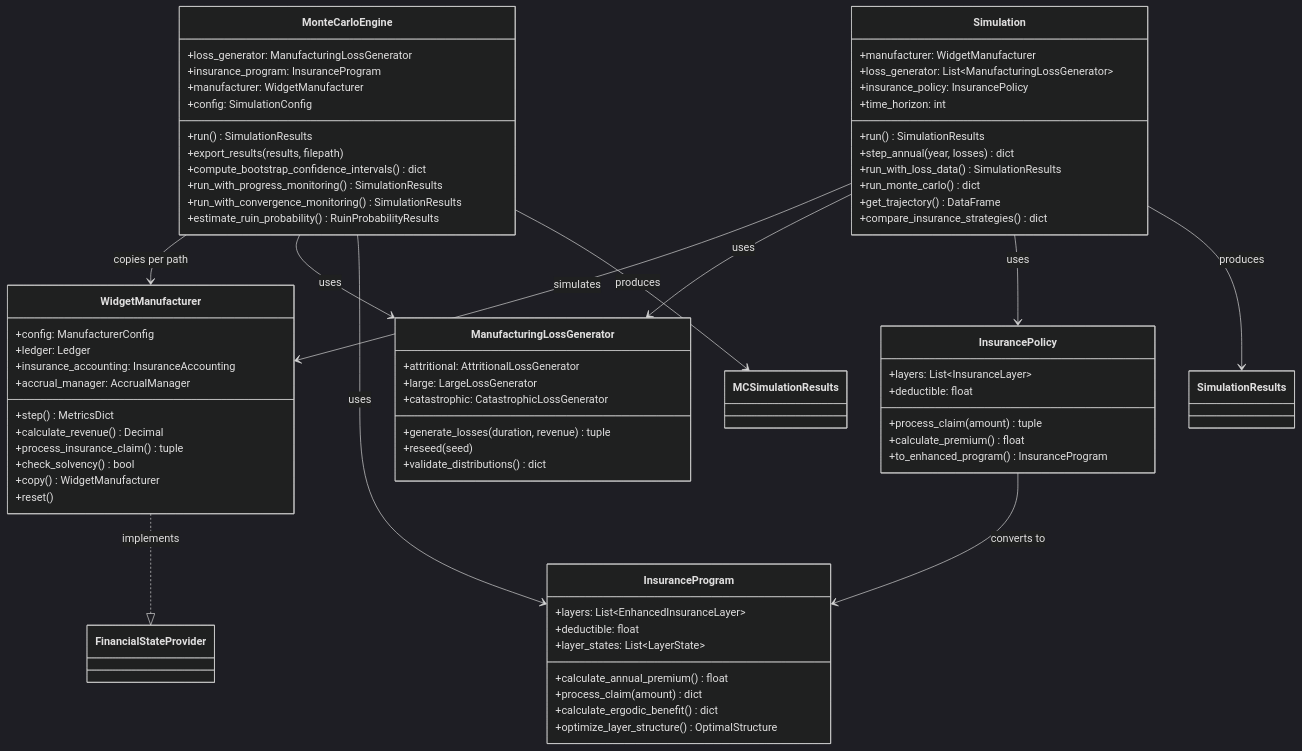
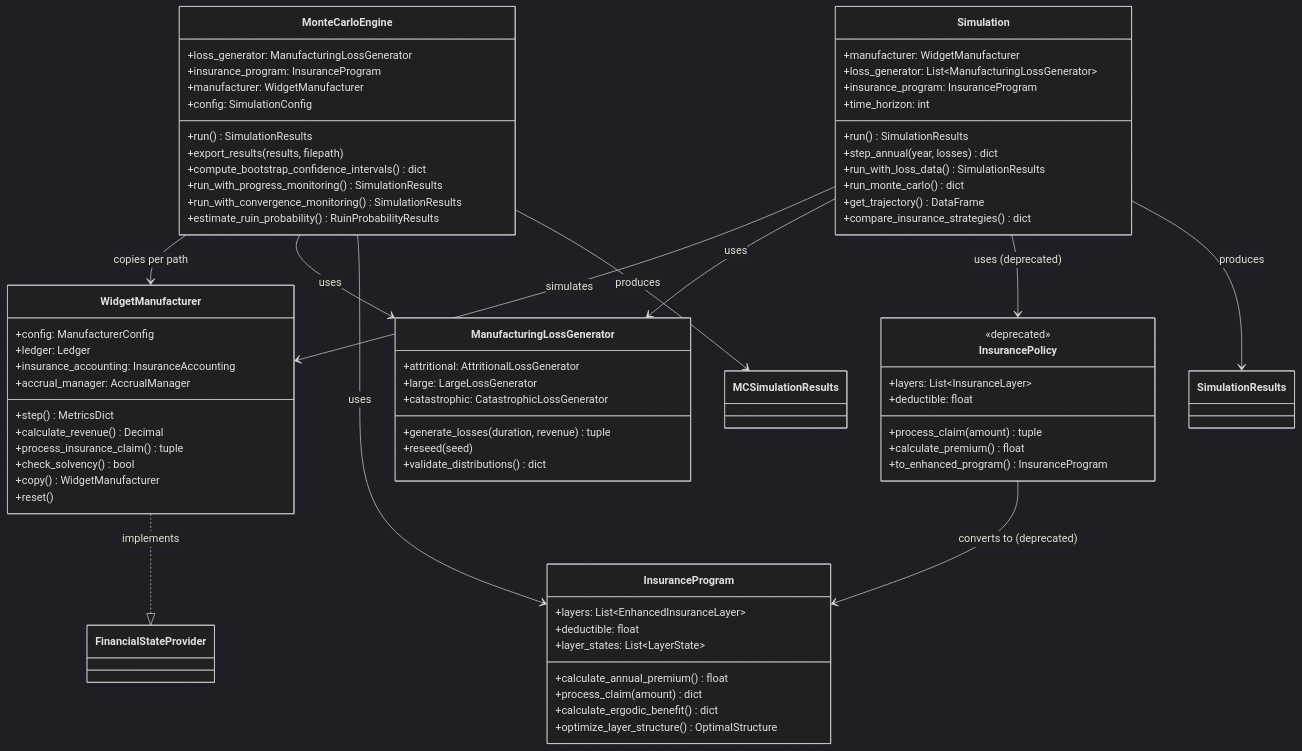
Before and after one commit to AlexFiliakov/Ergodic-Insurance-Limits: the first of 6 diagrams in ergodic_insurance/docs/architecture/class_diagrams/core_classes.md, drawn with Mermaid (dark theme). The commit also changed other lines of this file and 34 other files, not shown here.

First line of the commit message:
refactor: deprecate InsurancePolicy in favor of InsuranceProgram (#388)

````diff
--- a/ergodic_insurance/docs/architecture/class_diagrams/core_classes.md
+++ b/ergodic_insurance/docs/architecture/class_diagrams/core_classes.md
@@ -14,7 +14,7 @@
     class Simulation {
         +manufacturer: WidgetManufacturer
         +loss_generator: List~ManufacturingLossGenerator~
-        +insurance_policy: InsurancePolicy
+        +insurance_program: InsuranceProgram
         +time_horizon: int
         +run() SimulationResults
         +step_annual(year, losses) dict
@@ -61,6 +61,7 @@
     }
 
     class InsurancePolicy {
+        <<deprecated>>
         +layers: List~InsuranceLayer~
         +deductible: float
         +process_claim(amount) tuple
@@ -79,7 +80,7 @@
 
     Simulation --> WidgetManufacturer : simulates
     Simulation --> ManufacturingLossGenerator : uses
-    Simulation --> InsurancePolicy : uses
+    Simulation --> InsurancePolicy : uses (deprecated)
     Simulation --> SimulationResults : produces
 
     MonteCarloEngine --> WidgetManufacturer : copies per path
@@ -87,7 +88,7 @@
     MonteCarloEngine --> InsuranceProgram : uses
     MonteCarloEngine --> MCSimulationResults : produces
 
-    InsurancePolicy --> InsuranceProgram : converts to
+    InsurancePolicy --> InsuranceProgram : converts to (deprecated)
 
     WidgetManufacturer ..|> FinancialStateProvider : implements
 ```
````
